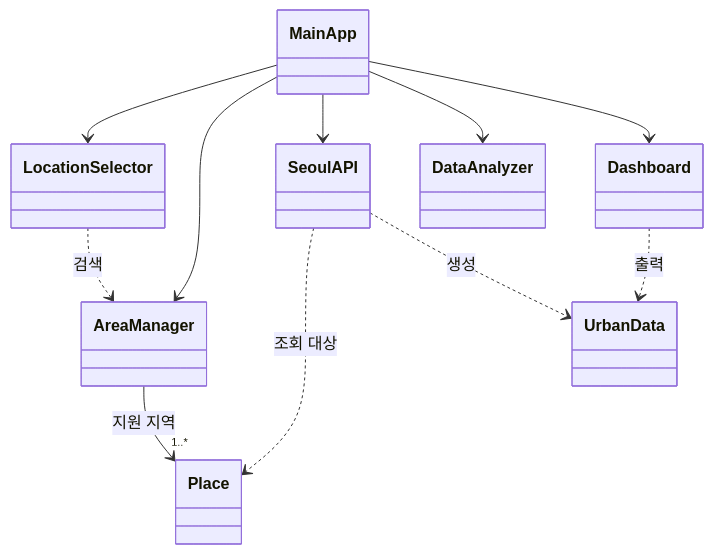
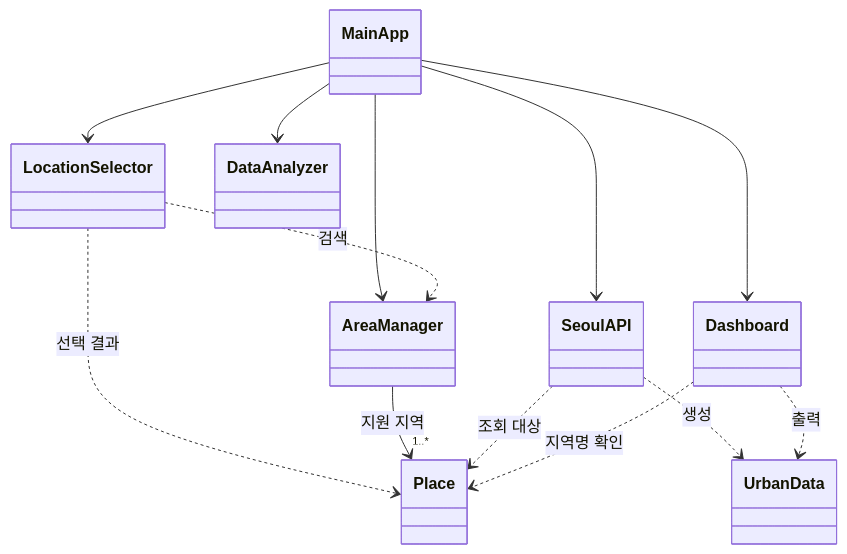
Before and after one commit to Ginaeyo/Seoul-Real-Time-Urban-Data: the diagram in README.md, drawn with Mermaid. The commit also changed 7 other files, not shown here.

````diff
--- a/README.md
+++ b/README.md
@@ -55,13 +55,15 @@
 ```mermaid
 classDiagram
     MainApp --> LocationSelector
     MainApp --> AreaManager
     MainApp --> SeoulAPI
     MainApp --> DataAnalyzer
     MainApp --> Dashboard
     LocationSelector ..> AreaManager : 검색
+    LocationSelector ..> Place : 선택 결과
     AreaManager --> "1..*" Place : 지원 지역
     SeoulAPI ..> Place : 조회 대상
     SeoulAPI ..> UrbanData : 생성
+    Dashboard ..> Place : 지역명 확인
     Dashboard ..> UrbanData : 출력
 ```
````
